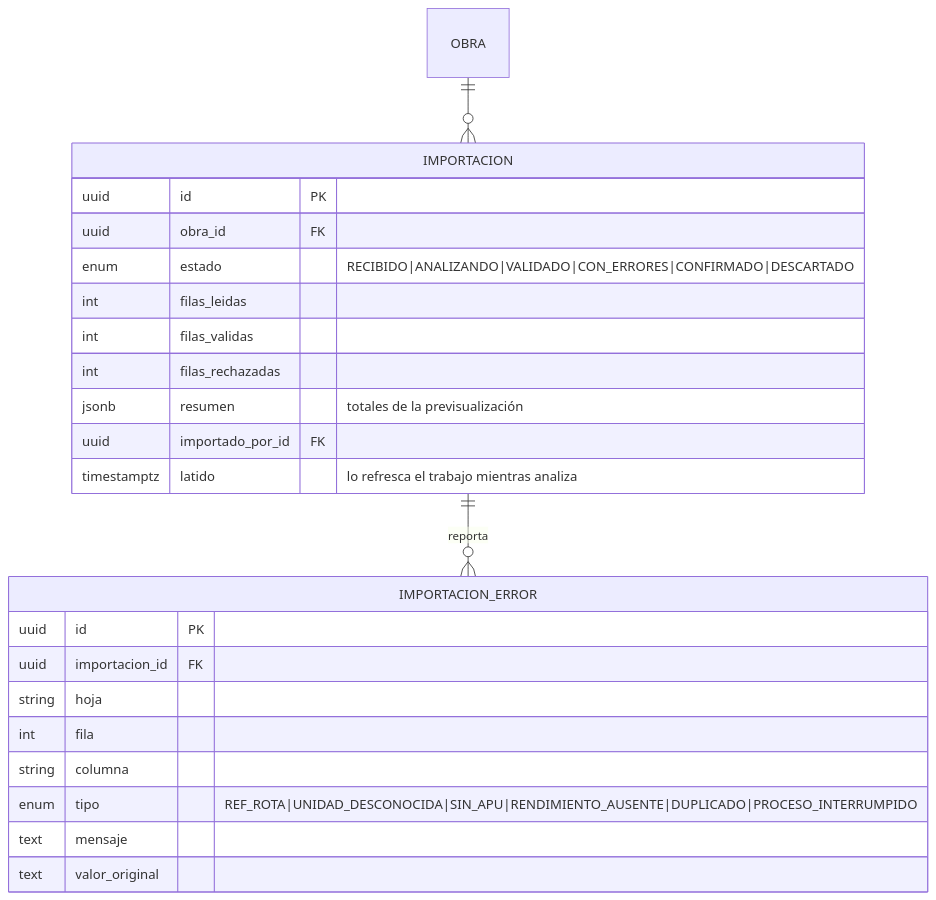
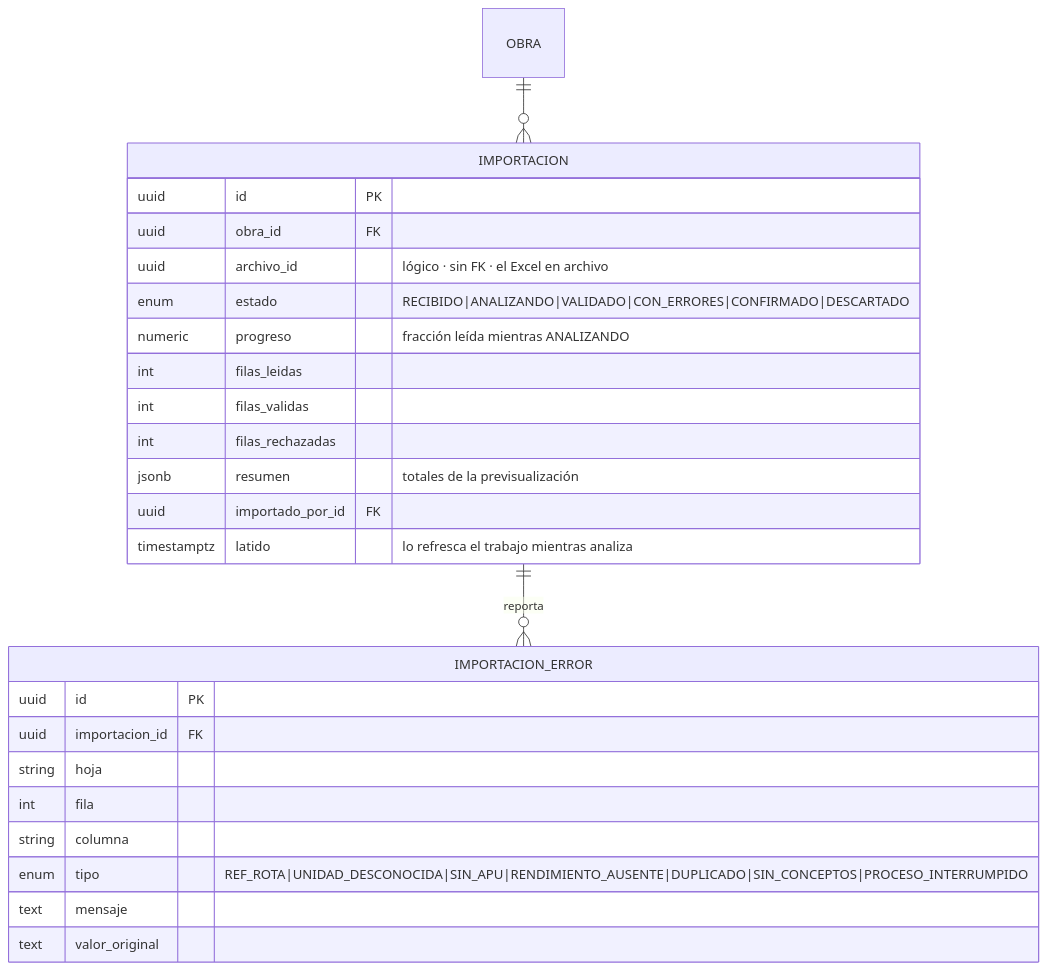
Before and after one commit to FranciscoRodSilva/IA4Devs-Proyecto-Final: diagram 11 of 18 in docs/03-modelo-datos.md, drawn with Mermaid. The commit also changed other lines of this file and 22 other files, not shown here.

````diff
--- a/docs/03-modelo-datos.md
+++ b/docs/03-modelo-datos.md
@@ -913,27 +988,29 @@
 ```mermaid
 erDiagram
     IMPORTACION ||--o{ IMPORTACION_ERROR : "reporta"
     OBRA ||--o{ IMPORTACION : ""
 
     IMPORTACION {
         uuid id PK
         uuid obra_id FK
+        uuid archivo_id "lógico · sin FK · el Excel en archivo"
         enum estado "RECIBIDO|ANALIZANDO|VALIDADO|CON_ERRORES|CONFIRMADO|DESCARTADO"
+        numeric progreso "fracción leída mientras ANALIZANDO"
         int filas_leidas
         int filas_validas
         int filas_rechazadas
         jsonb resumen "totales de la previsualización"
         uuid importado_por_id FK
         timestamptz latido "lo refresca el trabajo mientras analiza"
     }
     IMPORTACION_ERROR {
         uuid id PK
         uuid importacion_id FK
         string hoja
         int fila
         string columna
-        enum tipo "REF_ROTA|UNIDAD_DESCONOCIDA|SIN_APU|RENDIMIENTO_AUSENTE|DUPLICADO|PROCESO_INTERRUMPIDO"
+        enum tipo "REF_ROTA|UNIDAD_DESCONOCIDA|SIN_APU|RENDIMIENTO_AUSENTE|DUPLICADO|SIN_CONCEPTOS|PROCESO_INTERRUMPIDO"
         text mensaje
         text valor_original
     }
 ```
````
